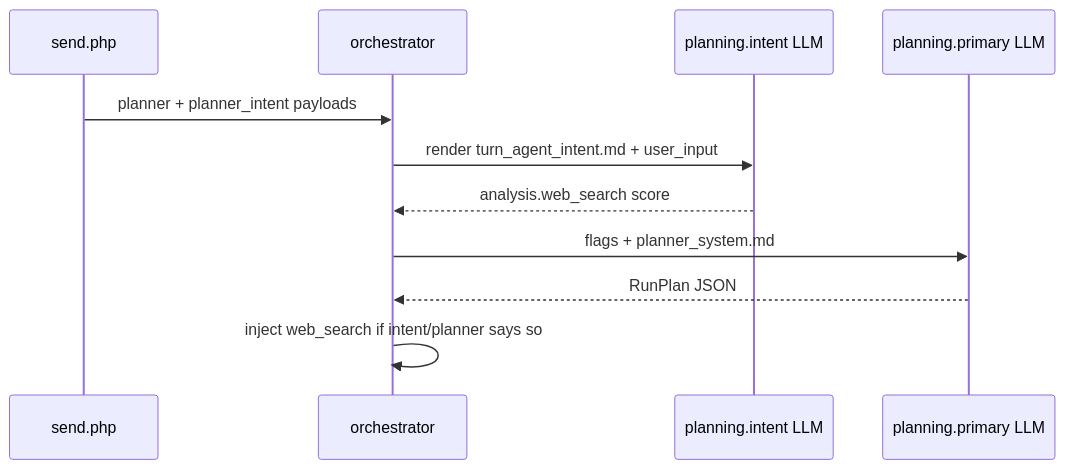
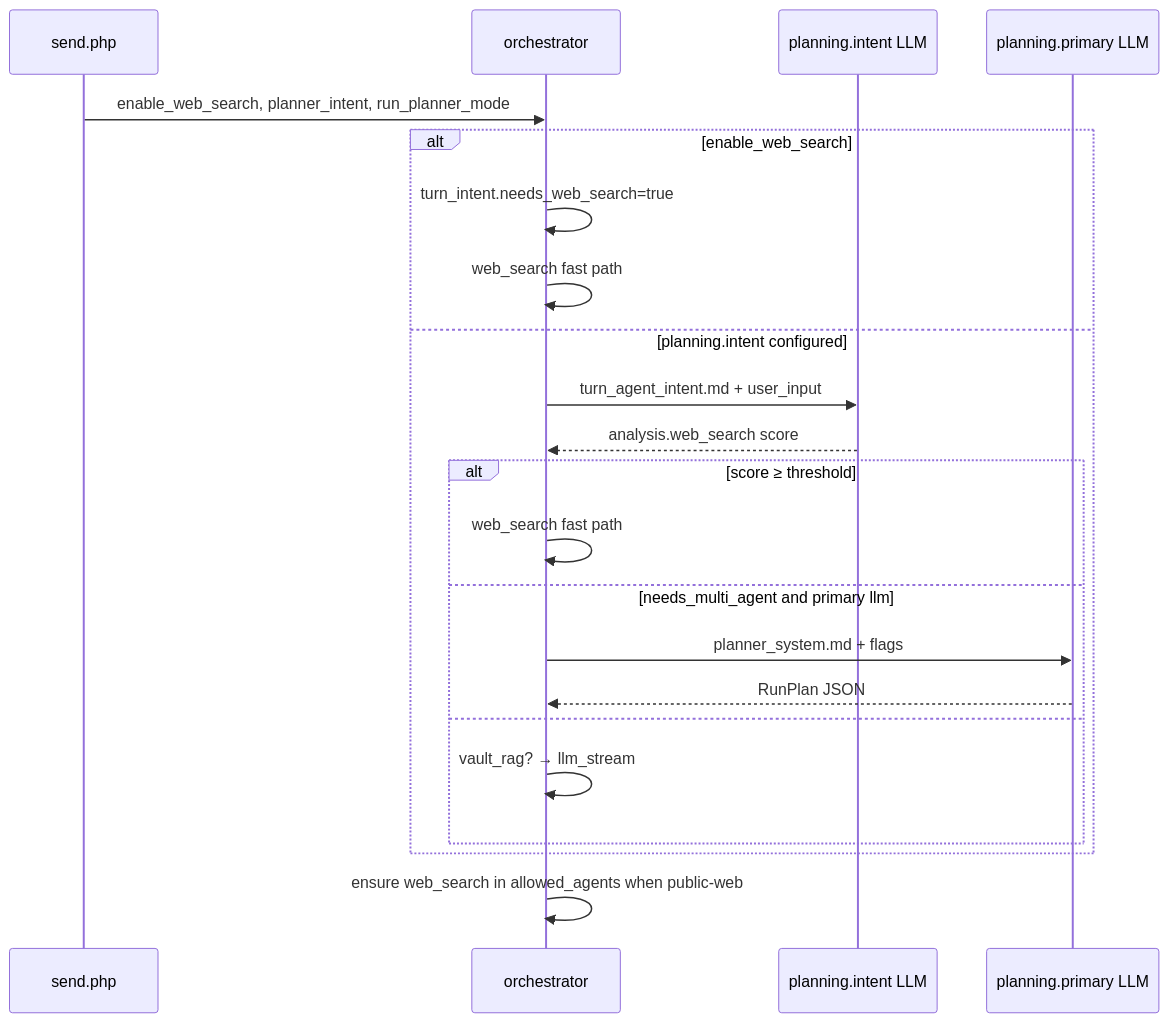
One commit to RayFungHK/oaao.ai-v1 changed the diagram in docs/design/purpose-prompt-contract.md. Above: the diagram before and after it, drawn with Mermaid. The commit also changed other lines of this file and 135 other files, not shown here.

````diff
--- a/docs/design/purpose-prompt-contract.md
+++ b/docs/design/purpose-prompt-contract.md
@@ -72,13 +138,24 @@
 ```mermaid
 sequenceDiagram
   participant Send as send.php
   participant Orch as orchestrator
   participant Intent as planning.intent LLM
   participant Plan as planning.primary LLM
-  Send->>Orch: planner + planner_intent payloads
-  Orch->>Intent: render turn_agent_intent.md + user_input
-  Intent-->>Orch: analysis.web_search score
-  Orch->>Plan: flags + planner_system.md
-  Plan-->>Orch: RunPlan JSON
-  Orch->>Orch: inject web_search if intent/planner says so
+  Send->>Orch: enable_web_search, planner_intent, run_planner_mode
+  alt enable_web_search
+    Orch->>Orch: turn_intent.needs_web_search=true
+    Orch->>Orch: web_search fast path
+  else planning.intent configured
+    Orch->>Intent: turn_agent_intent.md + user_input
+    Intent-->>Orch: analysis.web_search score
+    alt score ≥ threshold
+      Orch->>Orch: web_search fast path
+    else needs_multi_agent and primary llm
+      Orch->>Plan: planner_system.md + flags
+      Plan-->>Orch: RunPlan JSON
+    else
+      Orch->>Orch: vault_rag? → llm_stream
+    end
+  end
+  Orch->>Orch: ensure web_search in allowed_agents when public-web
 ```
````
